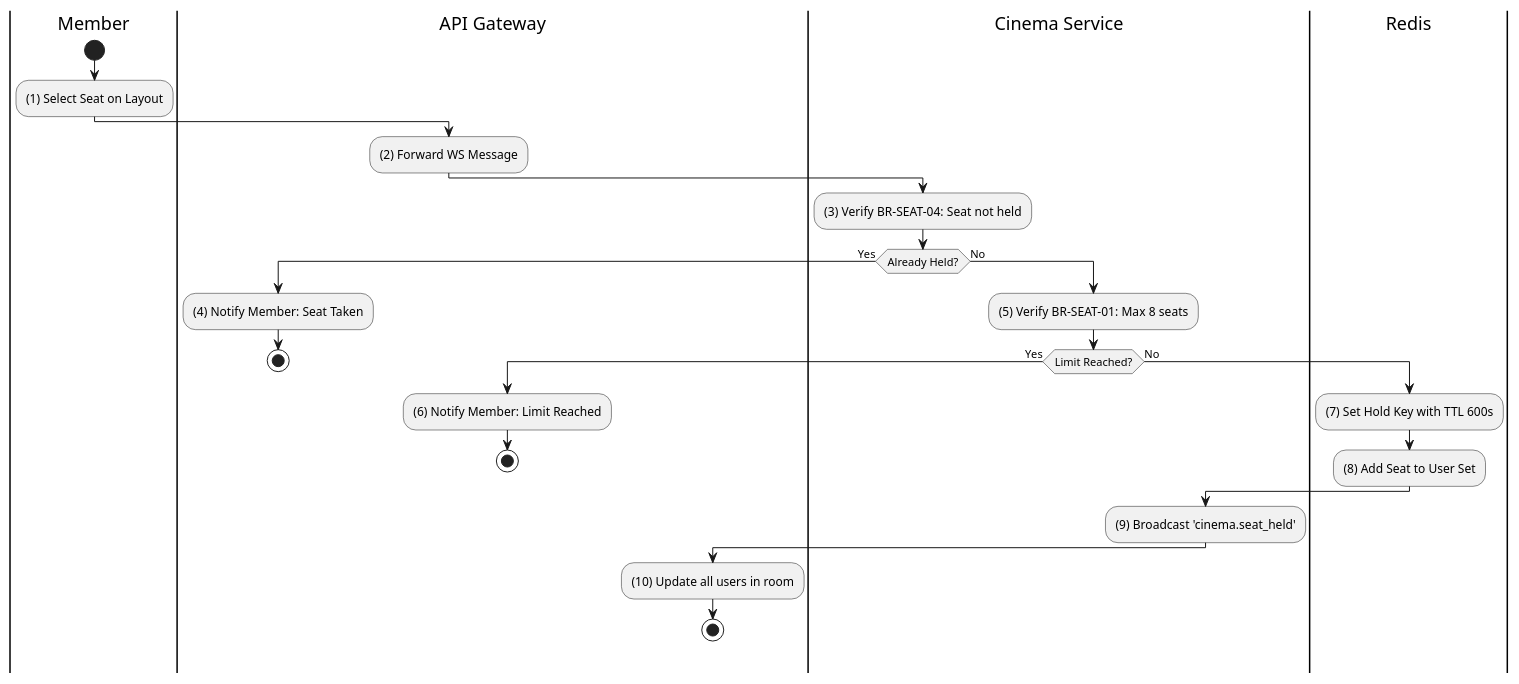
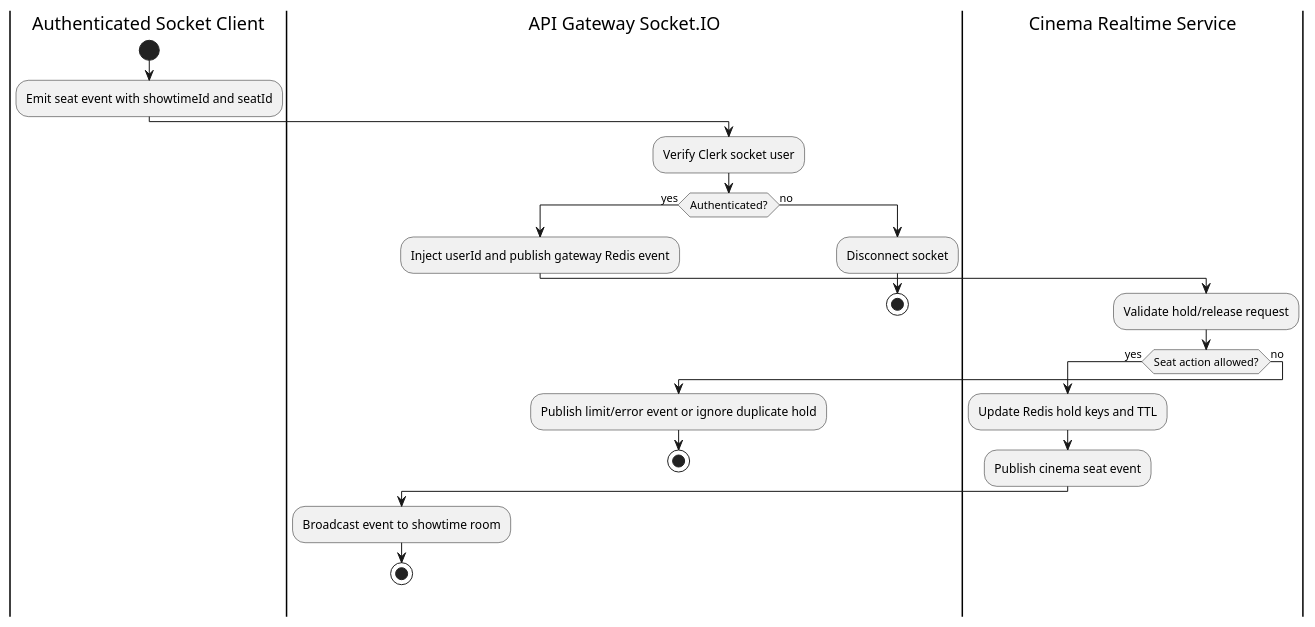
Before and after one commit to Tanh1603/movie-hub-architecture: the second of 2 diagrams in docs/functional_specs/3.5.3_Real-time_Seat_Selection/RT-01_Hold_Seat.md, drawn with PlantUML. The commit also changed other lines of this file and 126 other files, not shown here.

````diff
--- a/docs/functional_specs/3.5.3_Real-time_Seat_Selection/RT-01_Hold_Seat.md
+++ b/docs/functional_specs/3.5.3_Real-time_Seat_Selection/RT-01_Hold_Seat.md
@@ -52,38 +39,27 @@
 ```plantuml
 @startuml
-|Member|
-|API Gateway|
-|Cinema Service|
-|Redis|
-
-|Member|
+|Authenticated Socket Client|
 start
-:(1) Select Seat on Layout;
-|API Gateway|
-:(2) Forward WS Message;
-|Cinema Service|
-:(3) Verify BR-SEAT-04: Seat not held;
-if (Already Held?) then (Yes)
-    |API Gateway|
-    :(4) Notify Member: Seat Taken;
+:Emit seat event with showtimeId and seatId;
+|API Gateway Socket.IO|
+:Verify Clerk socket user;
+if (Authenticated?) then (yes)
+  :Inject userId and publish gateway Redis event;
+  |Cinema Realtime Service|
+  :Validate hold/release request;
+  if (Seat action allowed?) then (yes)
+    :Update Redis hold keys and TTL;
+    :Publish cinema seat event;
+    |API Gateway Socket.IO|
+    :Broadcast event to showtime room;
     stop
-else (No)
-    |Cinema Service|
-    :(5) Verify BR-SEAT-01: Max 8 seats;
-    if (Limit Reached?) then (Yes)
-        |API Gateway|
-        :(6) Notify Member: Limit Reached;
-        stop
-    else (No)
-        |Redis|
-        :(7) Set Hold Key with TTL 600s;
-        :(8) Add Seat to User Set;
-        |Cinema Service|
-        :(9) Broadcast 'cinema.seat_held';
-        |API Gateway|
-        :(10) Update all users in room;
-        stop
-    endif
+  else (no)
+    :Publish limit/error event or ignore duplicate hold;
+    stop
+  endif
+else (no)
+  :Disconnect socket;
+  stop
 endif
 @enduml
 ```
````
